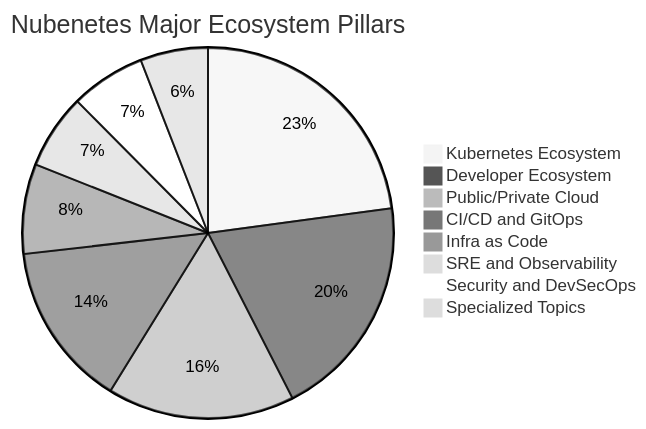
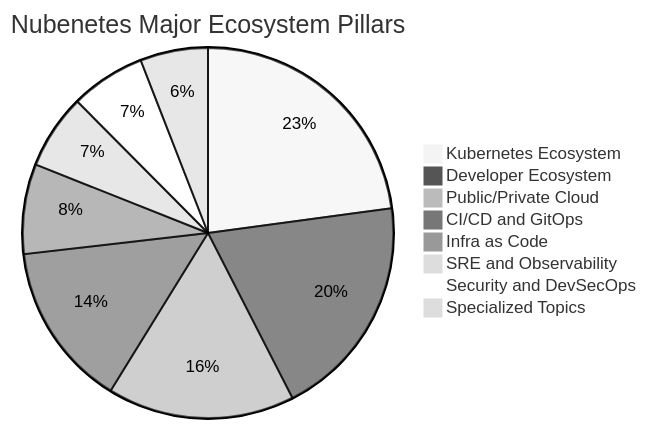
One commit to sec-js/awesome-kubernetes changed the second of 10 diagrams in README.md. Above: the diagram before and after it, drawn with Mermaid (neutral theme). The commit also changed other lines of this file and 164 other files, not shown here.

````diff
--- a/README.md
+++ b/README.md
@@ -214,11 +214,11 @@
 ```mermaid
 pie title Nubenetes Major Ecosystem Pillars
     "Kubernetes Ecosystem" : 3500
     "Developer Ecosystem" : 3000
     "Public/Private Cloud" : 2500
     "CI/CD and GitOps" : 2200
     "Infra as Code" : 1200
     "SRE and Observability" : 1000
     "Security and DevSecOps" : 1000
-    "Specialized Topics" : 903
+    "Specialized Topics" : 905
 ```
````
